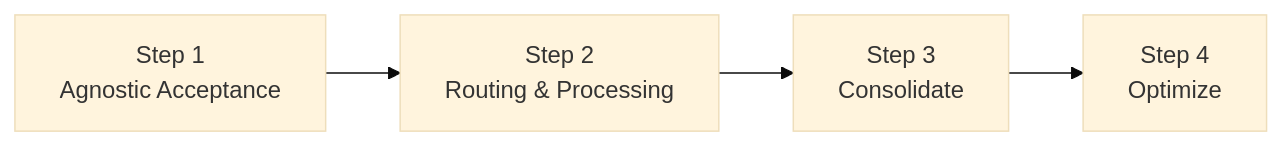
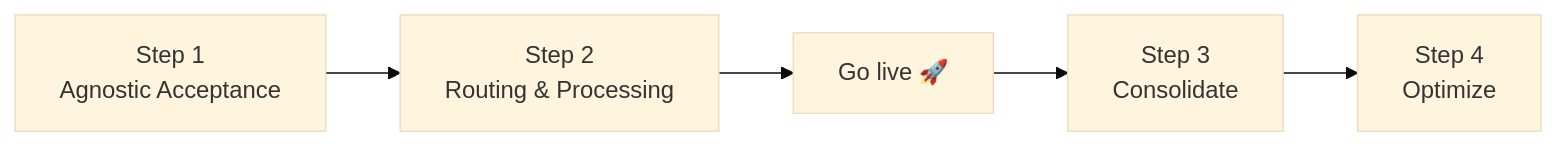
One commit to Basis-Theory/developers.basistheory.com changed the diagram in docs/card-payments/index.mdx. Above: the diagram before and after it, drawn with Mermaid (base theme). The commit also changed other lines of this file and 2 other files, not shown here.

````diff
--- a/docs/card-payments/index.mdx
+++ b/docs/card-payments/index.mdx
@@ -20,9 +29,10 @@
 ```mermaid
 flowchart LR
   id1[Step 1<br>Agnostic Acceptance]
   id2[Step 2<br>Routing & Processing]
-  id3[Step 3<br>Consolidate]
-  id4[Step 4<br>Optimize]
+  id3[Go live 🚀]
+  id4[Step 3<br>Consolidate]
+  id5[Step 4<br>Optimize]
 
-  id1 --> id2 --> id3 --> id4
+  id1 --> id2 --> id3 --> id4 --> id5
 ```
````
